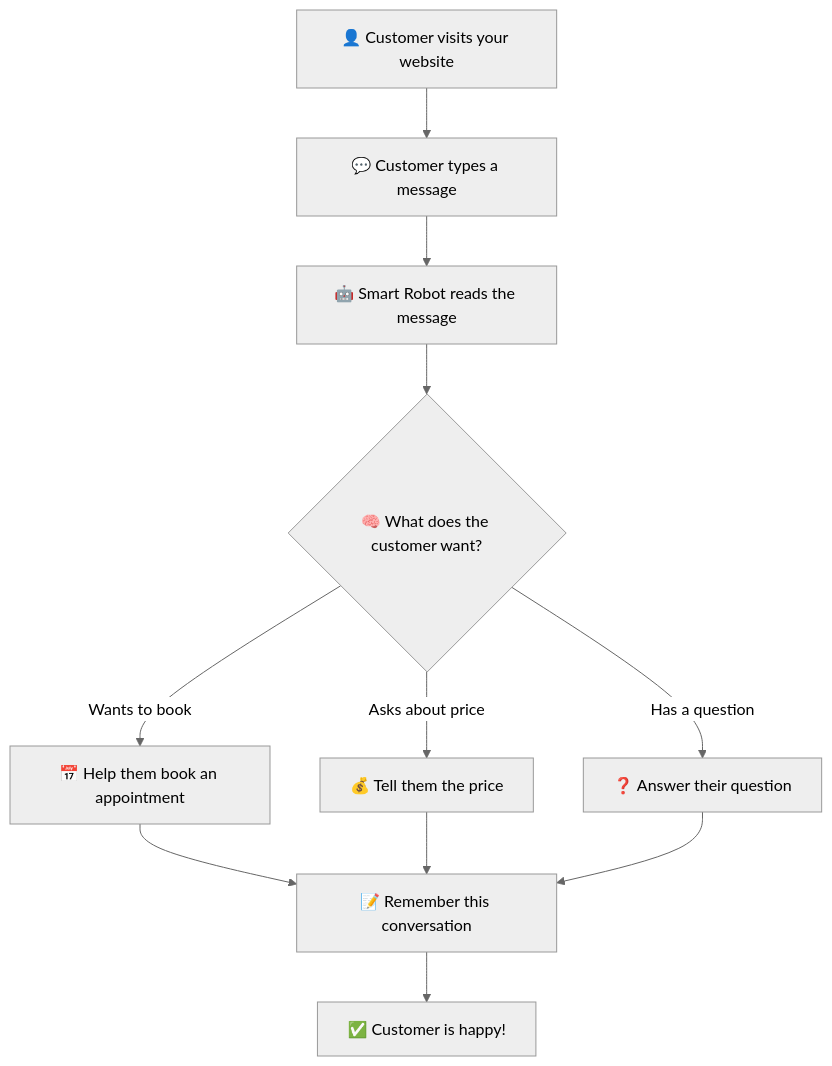
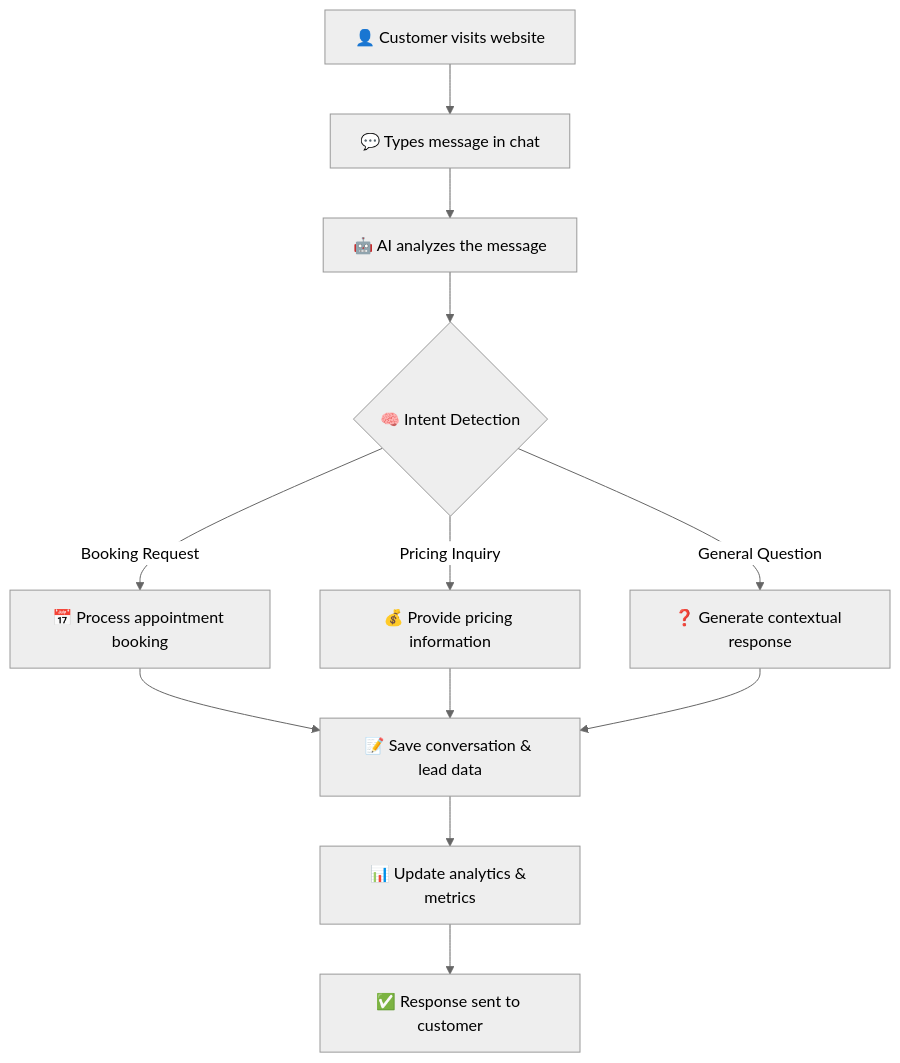
Before and after one commit to cabecaturbo/Ai-Chatbot-v1: the diagram in README.md, drawn with Mermaid (neutral theme). The commit also changed other lines of this file, not shown here.

````diff
--- a/README.md
+++ b/README.md
@@ -51,13 +51,14 @@
 ```mermaid
 graph TD
-    A[👤 Customer visits your website] --> B[💬 Customer types a message]
-    B --> C[🤖 Smart Robot reads the message]
-    C --> D{🧠 What does the customer want?}
-    D -->|Wants to book| E[📅 Help them book an appointment]
-    D -->|Asks about price| F[💰 Tell them the price]
-    D -->|Has a question| G[❓ Answer their question]
-    E --> H[📝 Remember this conversation]
+    A[👤 Customer visits website] --> B[💬 Types message in chat]
+    B --> C[🤖 AI analyzes the message]
+    C --> D{🧠 Intent Detection}
+    D -->|Booking Request| E[📅 Process appointment booking]
+    D -->|Pricing Inquiry| F[💰 Provide pricing information]
+    D -->|General Question| G[❓ Generate contextual response]
+    E --> H[📝 Save conversation & lead data]
     F --> H
     G --> H
-    H --> I[✅ Customer is happy!]
+    H --> I[📊 Update analytics & metrics]
+    I --> J[✅ Response sent to customer]
 ```
````
